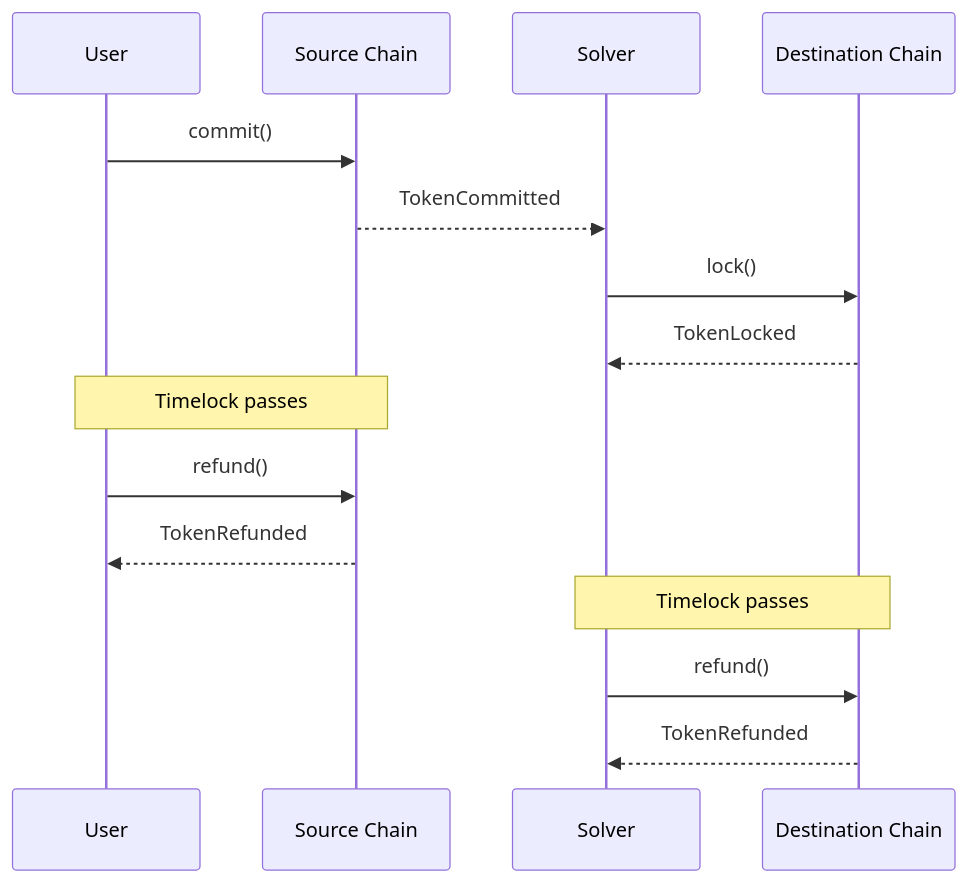
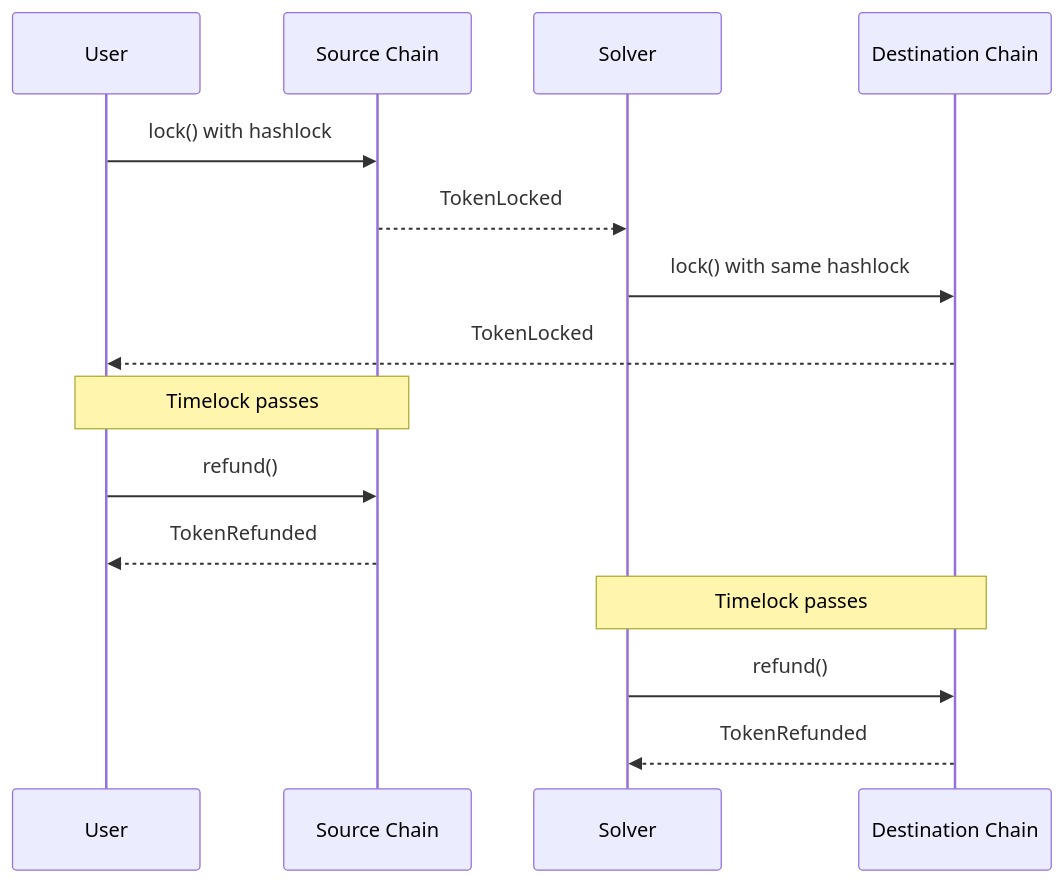
One commit to TrainProtocol/docs changed the second of 4 diagrams in protocol-spec/edge-cases.mdx. Above: the diagram before and after it, drawn with Mermaid. The commit also changed other lines of this file and 9 other files, not shown here.

````diff
--- a/protocol-spec/edge-cases.mdx
+++ b/protocol-spec/edge-cases.mdx
@@ -35,21 +35,21 @@
 ```mermaid
 sequenceDiagram
-    participant P1 as User
+    participant User
     participant SC as Source Chain
-    participant P2 as Solver
+    participant Solver
     participant DC as Destination Chain
 
 	
-    P1->>SC: commit()
-    SC-->>P2: TokenCommitted
-    P2->>DC: lock()
-    DC-->>P2: TokenLocked
+    User->>SC: lock() with hashlock
+    SC-->>Solver: TokenLocked
+    Solver->>DC: lock() with same hashlock
+    DC-->>User: TokenLocked
     
-    Note over P1,SC: Timelock passes
-    P1->>SC: refund()
-    SC-->>P1: TokenRefunded
+    Note over User,SC: Timelock passes
+    User->>SC: refund()
+    SC-->>User: TokenRefunded
 		
-		Note over P2,DC: Timelock passes
-    P2->>DC: refund()
-    DC-->>P2: TokenRefunded
+		Note over Solver,DC: Timelock passes
+    Solver->>DC: refund()
+    DC-->>Solver: TokenRefunded
 ```
````
